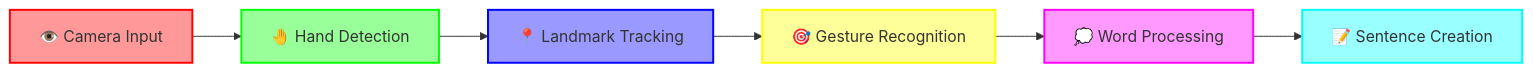
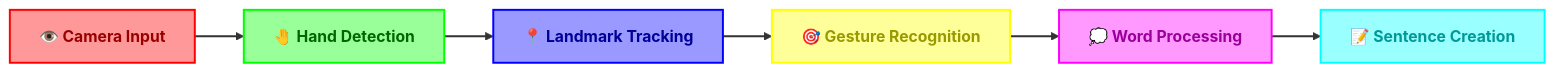
One commit to notcaliper/HandGaze changed the diagram in README.md. Above: the diagram before and after it, drawn with Mermaid.

````diff
--- a/README.md
+++ b/README.md
@@ -30,14 +30,15 @@
 ```mermaid
 graph LR
     A[👁️ Camera Input] --> B[🤚 Hand Detection]
     B --> C[📍 Landmark Tracking]
     C --> D[🎯 Gesture Recognition]
     D --> E[💭 Word Processing]
     E --> F[📝 Sentence Creation]
-    style A fill:#ff9999,stroke:#ff0000,stroke-width:2px
-    style B fill:#99ff99,stroke:#00ff00,stroke-width:2px
-    style C fill:#9999ff,stroke:#0000ff,stroke-width:2px
-    style D fill:#ffff99,stroke:#ffff00,stroke-width:2px
-    style E fill:#ff99ff,stroke:#ff00ff,stroke-width:2px
-    style F fill:#99ffff,stroke:#00ffff,stroke-width:2px
+    style A fill:#ff9999,stroke:#ff0000,stroke-width:2px,color:#990000,font-weight:bold
+    style B fill:#99ff99,stroke:#00ff00,stroke-width:2px,color:#006600,font-weight:bold
+    style C fill:#9999ff,stroke:#0000ff,stroke-width:2px,color:#000099,font-weight:bold
+    style D fill:#ffff99,stroke:#ffff00,stroke-width:2px,color:#999900,font-weight:bold
+    style E fill:#ff99ff,stroke:#ff00ff,stroke-width:2px,color:#990099,font-weight:bold
+    style F fill:#99ffff,stroke:#00ffff,stroke-width:2px,color:#009999,font-weight:bold
+    linkStyle default stroke:#333333,stroke-width:2px
 ```
````
